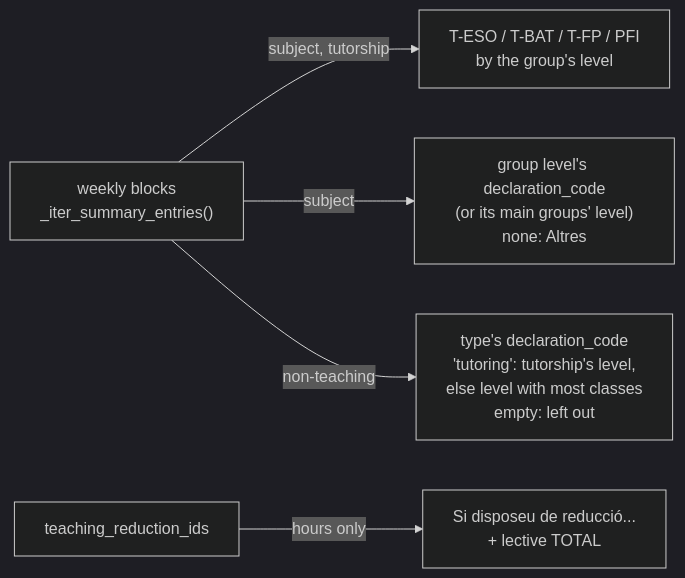
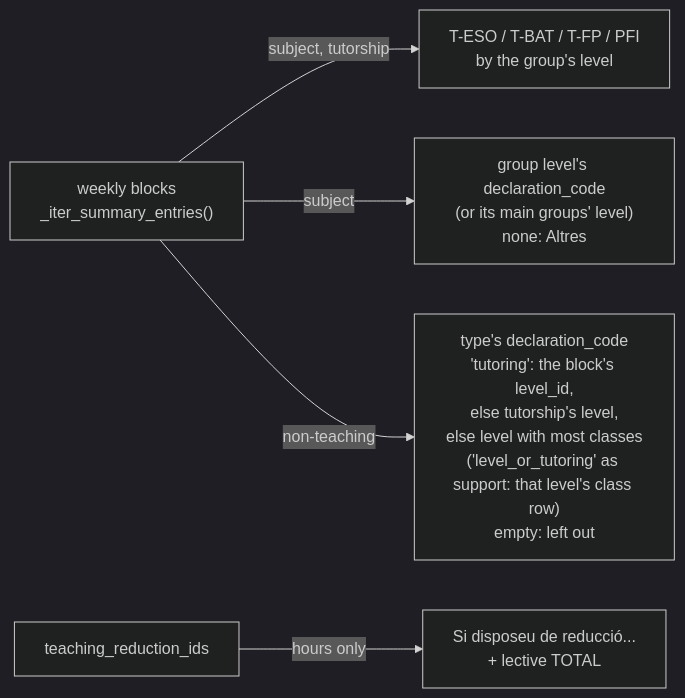
One commit to ElPuig/EMS changed the fifth of 9 diagrams in docs/en/developers/employees/working_schedule.md. Above: the diagram before and after it, drawn with Mermaid (dark theme). The commit also changed other lines of this file and 252 other files, not shown here.

````diff
--- a/docs/en/developers/employees/working_schedule.md
+++ b/docs/en/developers/employees/working_schedule.md
@@ -398,7 +400,7 @@
 ```mermaid
 graph LR
     B["weekly blocks<br/>_iter_summary_entries()"] -->|subject, tutorship| T["T-ESO / T-BAT / T-FP / PFI<br/>by the group's level"]
     B -->|subject| L["group level's declaration_code<br/>(or its main groups' level)<br/>none: Altres"]
-    B -->|non-teaching| N["type's declaration_code<br/>'tutoring': tutorship's level,<br/>else level with most classes<br/>empty: left out"]
+    B -->|non-teaching| N["type's declaration_code<br/>'tutoring': the block's level_id,<br/>else tutorship's level,<br/>else level with most classes<br/>('level_or_tutoring' as support: that level's class row)<br/>empty: left out"]
     R["teaching_reduction_ids"] -->|hours only| RR["Si disposeu de reducció...<br/>+ lective TOTAL"]
 ```
````
